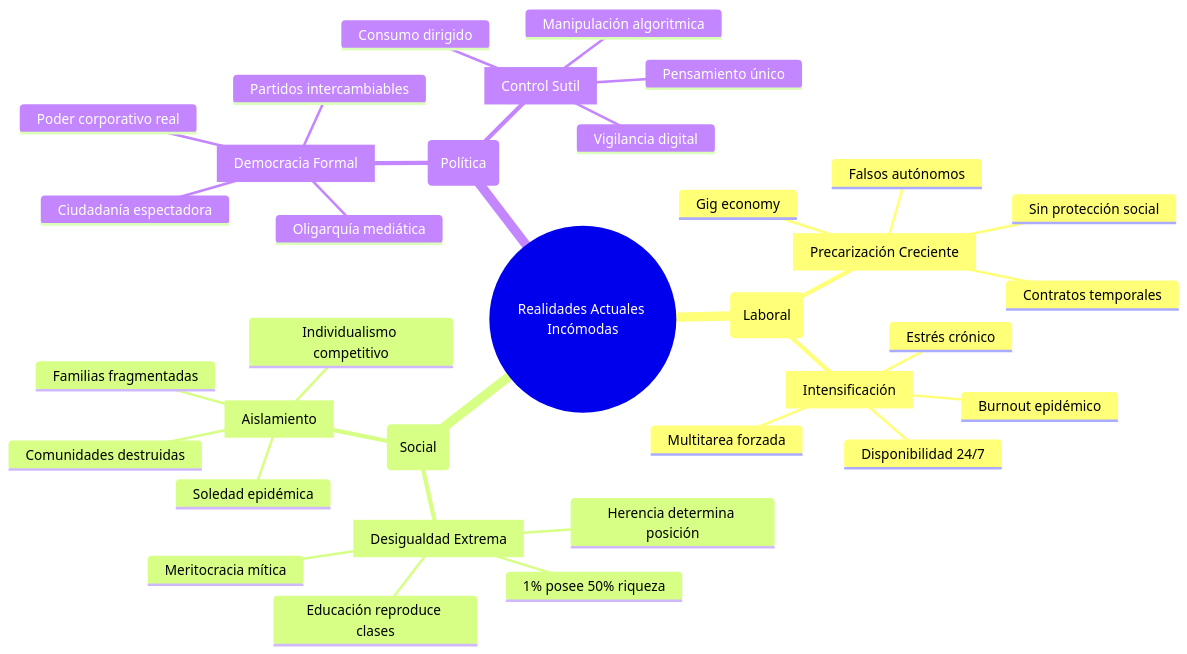
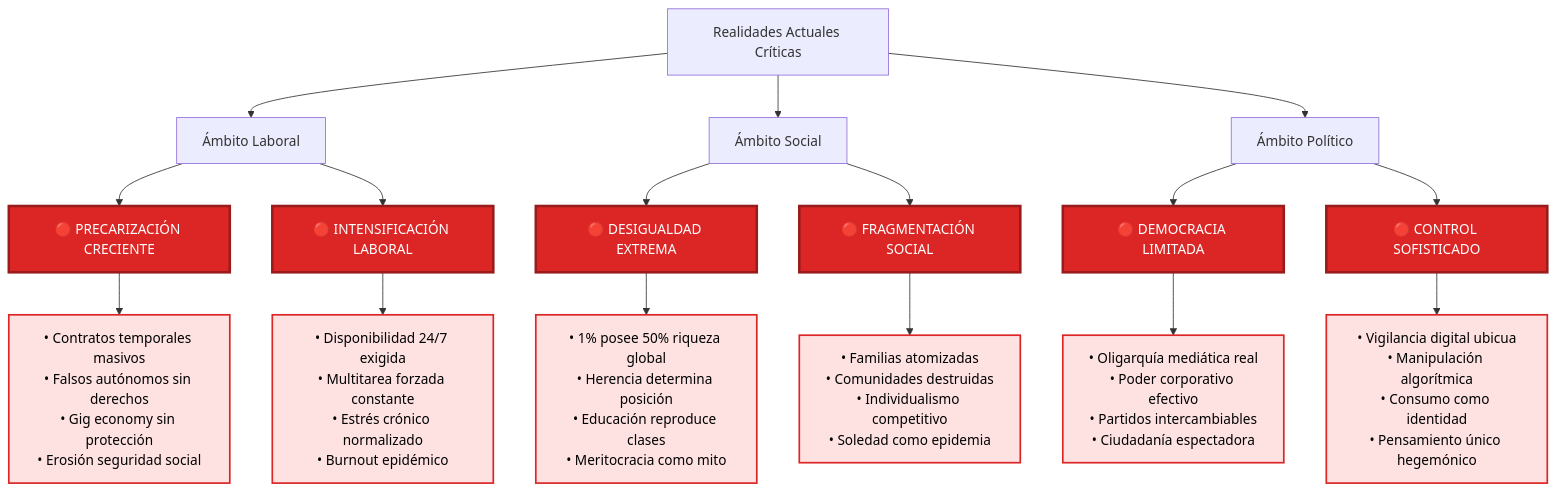
Before and after one commit to perpetuocambio/annotations: diagram 20 of 21 in sociologia/rights_comparison_table.md, drawn with Mermaid. The commit also changed other lines of this file, not shown here.

````diff
--- a/sociologia/rights_comparison_table.md
+++ b/sociologia/rights_comparison_table.md
@@ -589,37 +588,30 @@
 ```mermaid
-mindmap
-  root((Realidades Actuales Incómodas))
-    (Laboral)
-      [Precarización Creciente]
-        Contratos temporales
-        Falsos autónomos
-        Gig economy
-        Sin protección social
-      [Intensificación]
-        Disponibilidad 24/7
-        Multitarea forzada
-        Estrés crónico
-        Burnout epidémico
-    (Social)
-      [Desigualdad Extrema]
-        1% posee 50% riqueza
-        Herencia determina posición
-        Educación reproduce clases
-        Meritocracia mítica
-      [Aislamiento]
-        Familias fragmentadas
-        Comunidades destruidas
-        Individualismo competitivo
-        Soledad epidémica
-    (Política)
-      [Democracia Formal]
-        Oligarquía mediática
-        Poder corporativo real
-        Partidos intercambiables
-        Ciudadanía espectadora
-      [Control Sutil]
-        Vigilancia digital
-        Manipulación algoritmica
-        Consumo dirigido
-        Pensamiento único
+graph TB
+    A[Realidades Actuales Críticas] --> B[Ámbito Laboral]
+    A --> C[Ámbito Social]
+    A --> D[Ámbito Político]
+    
+    B --> B1["🔴 PRECARIZACIÓN CRECIENTE"]
+    B1 --> B1a["• Contratos temporales masivos<br/>• Falsos autónomos sin derechos<br/>• Gig economy sin protección<br/>• Erosión seguridad social"]
+    
+    B --> B2["🔴 INTENSIFICACIÓN LABORAL"]
+    B2 --> B2a["• Disponibilidad 24/7 exigida<br/>• Multitarea forzada constante<br/>• Estrés crónico normalizado<br/>• Burnout epidémico"]
+    
+    C --> C1["🔴 DESIGUALDAD EXTREMA"]
+    C1 --> C1a["• 1% posee 50% riqueza global<br/>• Herencia determina posición<br/>• Educación reproduce clases<br/>• Meritocracia como mito"]
+    
+    C --> C2["🔴 FRAGMENTACIÓN SOCIAL"]
+    C2 --> C2a["• Familias atomizadas<br/>• Comunidades destruidas<br/>• Individualismo competitivo<br/>• Soledad como epidemia"]
+    
+    D --> D1["🔴 DEMOCRACIA LIMITADA"]
+    D1 --> D1a["• Oligarquía mediática real<br/>• Poder corporativo efectivo<br/>• Partidos intercambiables<br/>• Ciudadanía espectadora"]
+    
+    D --> D2["🔴 CONTROL SOFISTICADO"]
+    D2 --> D2a["• Vigilancia digital ubicua<br/>• Manipulación algorítmica<br/>• Consumo como identidad<br/>• Pensamiento único hegemónico"]
+    
+    classDef critical fill:#dc2626,stroke:#991b1b,stroke-width:3px,color:#fff
+    classDef details fill:#fee2e2,stroke:#dc2626,stroke-width:2px,color:#000
+    
+    class B1,B2,C1,C2,D1,D2 critical
+    class B1a,B2a,C1a,C2a,D1a,D2a details
 ```
````
